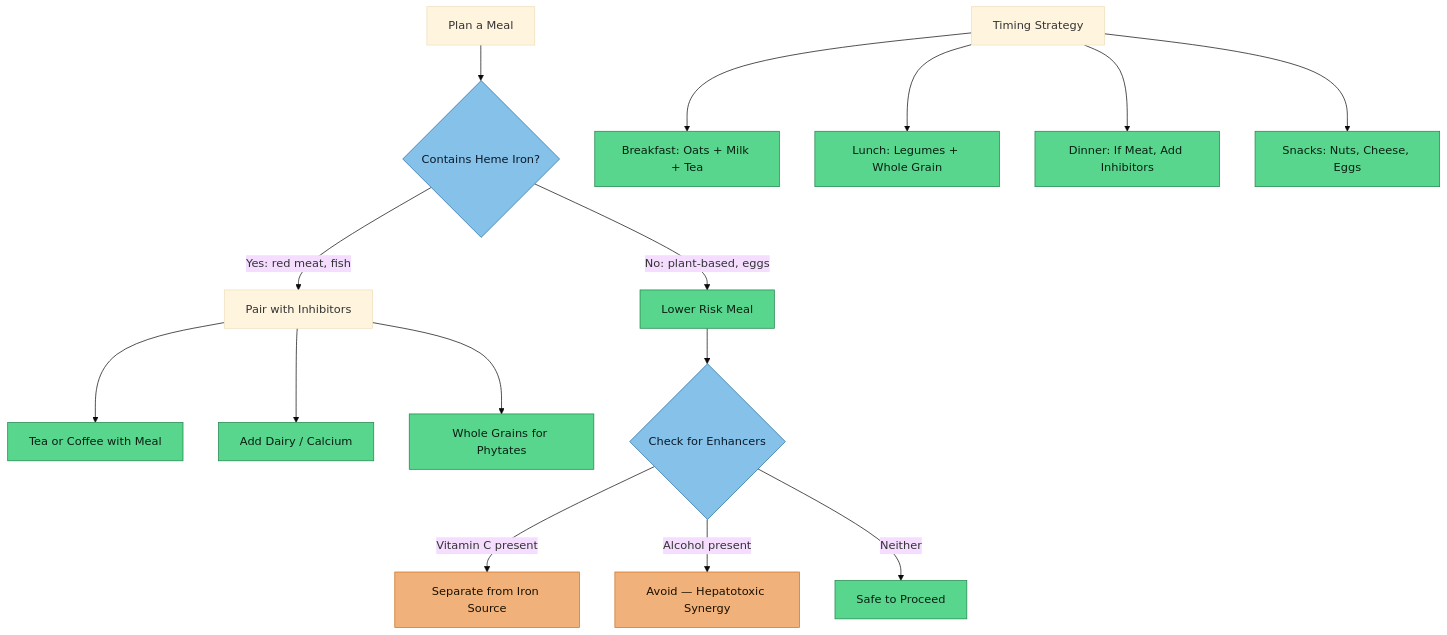
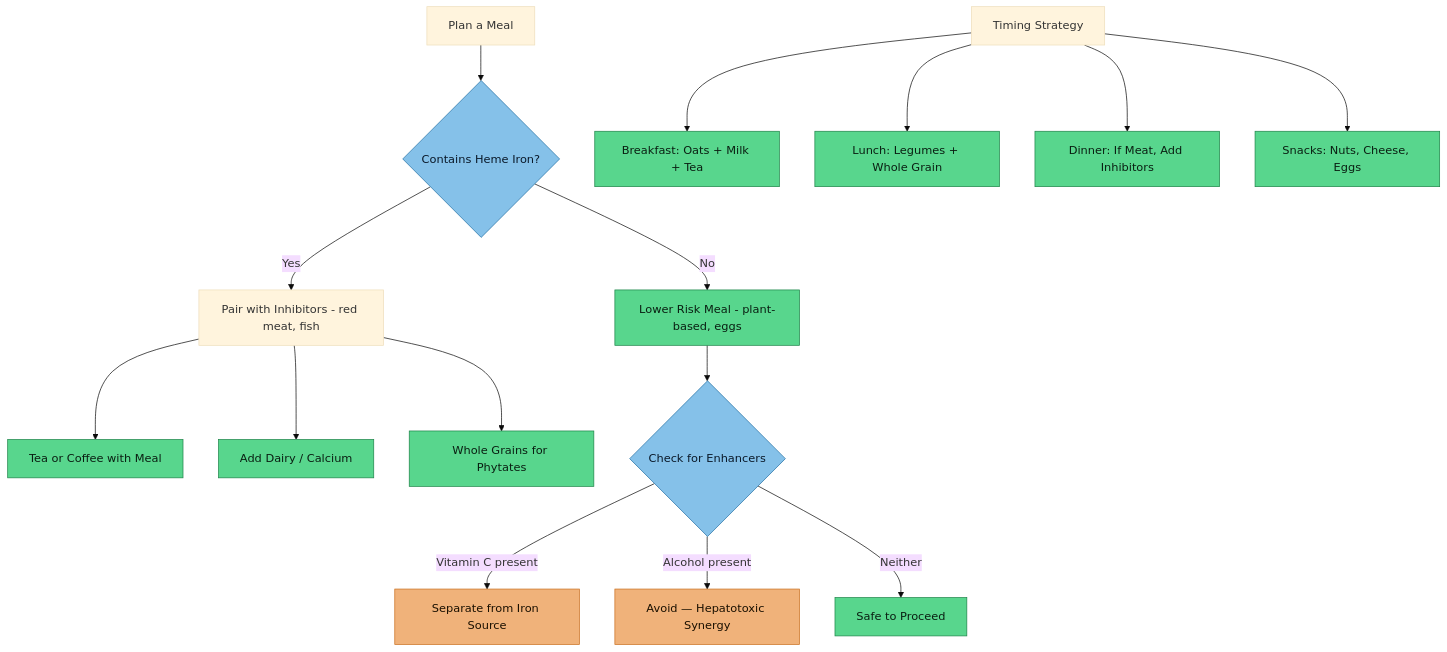
Before and after one commit to Aegis-commits/ag-hfe-adhd-asd-research: the diagram in src/site/notes/diet-management/Dietary Management - Iron Overload.md, drawn with Mermaid (base theme). The commit also changed 14 other files, not shown here.

````diff
--- a/src/site/notes/diet-management/Dietary Management - Iron Overload.md
+++ b/src/site/notes/diet-management/Dietary Management - Iron Overload.md
@@ -20,30 +20,30 @@
 ```mermaid
 flowchart TD
     A[Plan a Meal] --> B{Contains Heme Iron?}
-    B -->|Yes: red meat, fish| C[Pair with Inhibitors]
-    B -->|No: plant-based, eggs| D[Lower Risk Meal]
+    B -->|Yes| C[Pair with Inhibitors - red meat, fish]
+    B -->|No| D[Lower Risk Meal - plant-based, eggs]
 
     C --> E[Tea or Coffee with Meal]
     C --> F[Add Dairy / Calcium]
     C --> G[Whole Grains for Phytates]
 
     D --> H{Check for Enhancers}
     H -->|Vitamin C present| I[Separate from Iron Source]
     H -->|Alcohol present| J[Avoid — Hepatotoxic Synergy]
     H -->|Neither| K[Safe to Proceed]
 
     L[Timing Strategy] --> M[Breakfast: Oats + Milk + Tea]
     L --> N[Lunch: Legumes + Whole Grain]
     L --> O[Dinner: If Meat, Add Inhibitors]
     L --> P[Snacks: Nuts, Cheese, Eggs]
 
     classDef inhibitor fill:#58d68d,stroke:#1e8449,color:#0a1f12
     classDef enhancer fill:#f0b27a,stroke:#ca6f1e,color:#1a1000
     classDef decision fill:#85c1e9,stroke:#2471a3,color:#0a1929
     classDef safe fill:#58d68d,stroke:#1e8449,color:#0a1f12
 
     class E,F,G inhibitor
     class I,J enhancer
     class B,H decision
     class K,D,M,N,O,P safe
 ```
````
